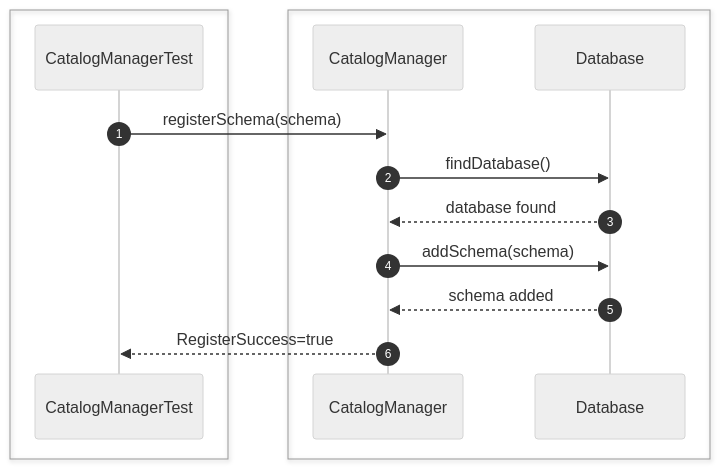
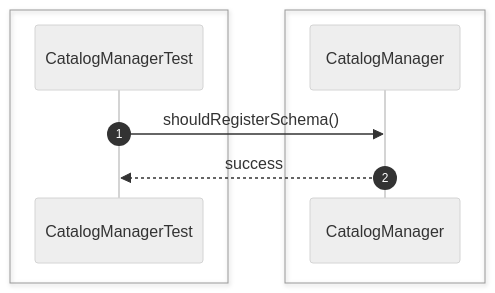
One commit to Huy1801214/dbms-architecture changed the second of 28 diagrams in src/sequence/catalog.md. Above: the diagram before and after it, drawn with Mermaid (neutral theme). The commit also changed other lines of this file and 68 other files, not shown here.

Commit message:
implement comprehensive unit test suite and architectural sequence documentation

````diff
--- a/src/sequence/catalog.md
+++ b/src/sequence/catalog.md
@@ -24,23 +21,13 @@
 ```mermaid
 sequenceDiagram
     autonumber
     box #e1f5fe Test Suite
     participant Test as CatalogManagerTest
     end
-    box #e8f5e9 Catalog Objects
-    participant Catalog as CatalogManager
-    participant DB as Database
+    box #e8f5e9 CatalogManager Component
+    participant CM as CatalogManager
     end
 
-    Test->>Catalog: registerSchema(schema)
-
-    Catalog->>DB: findDatabase()
-
-    DB-->>Catalog: database found
-
-    Catalog->>DB: addSchema(schema)
-
-    DB-->>Catalog: schema added
-
-    Catalog-->>Test: RegisterSuccess=true
+    Test->>CM: shouldRegisterSchema()
+    CM-->>Test: success
 ```
````
